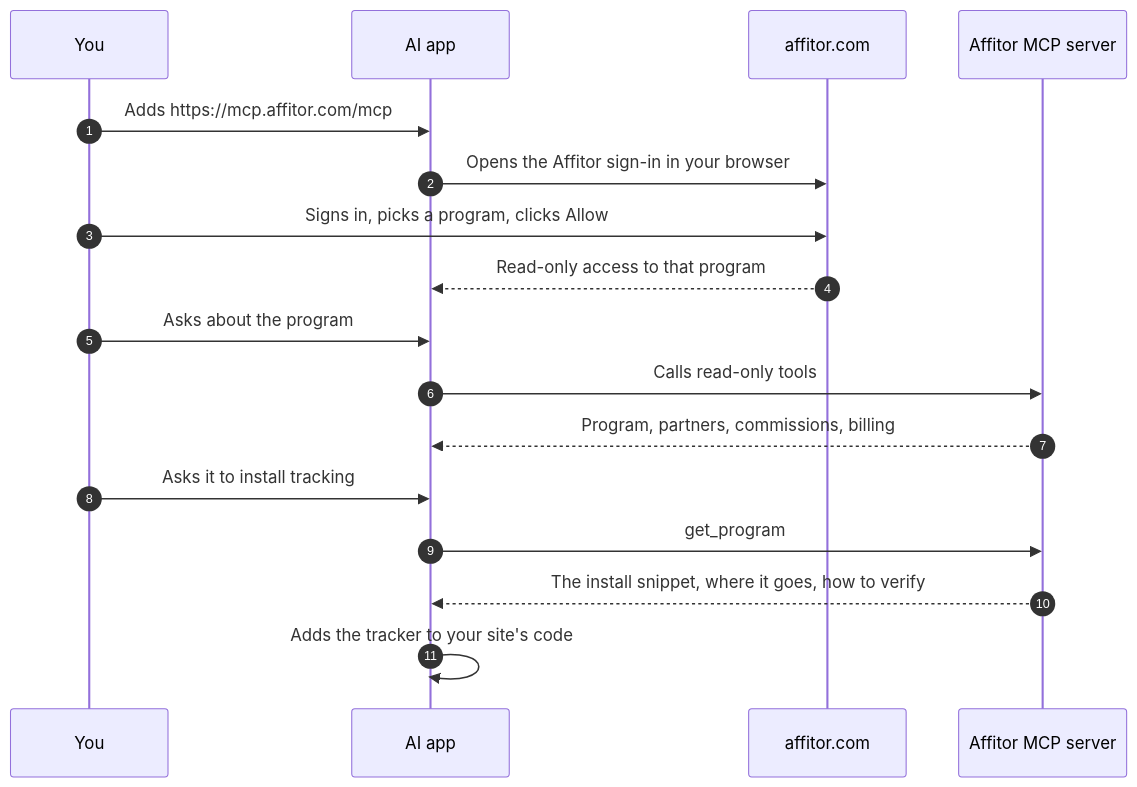
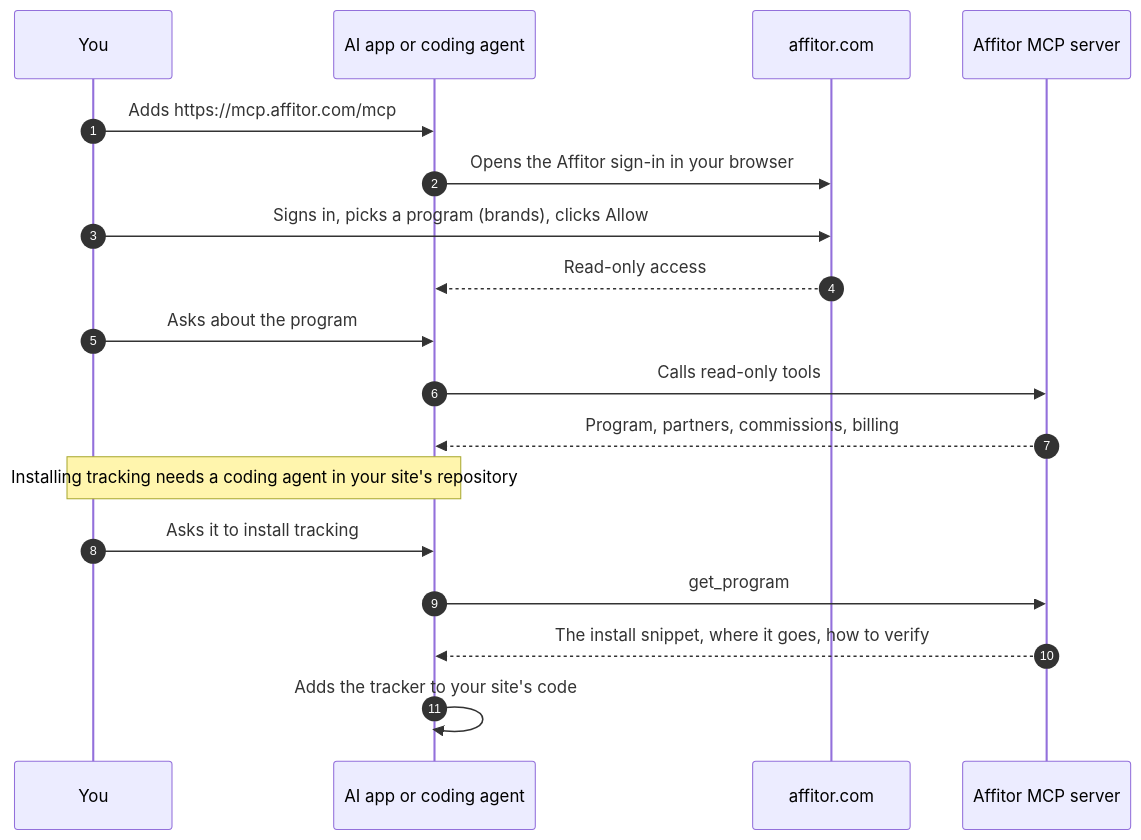
One commit to Affitor/affitor-docs changed the diagram in content/docs/use-cases/ai-agent-setup.mdx. Above: the diagram before and after it, drawn with Mermaid. The commit also changed other lines of this file, not shown here.

Commit message:
fix: AI agent use case shows the /mcp sign-in step and who installs tracking

````diff
--- a/content/docs/use-cases/ai-agent-setup.mdx
+++ b/content/docs/use-cases/ai-agent-setup.mdx
@@ -11,19 +11,20 @@
 ```mermaid
 sequenceDiagram
   autonumber
   participant Y as You
-  participant AI as AI app
+  participant AI as AI app or coding agent
   participant D as affitor.com
   participant M as Affitor MCP server
   Y->>AI: Adds https://mcp.affitor.com/mcp
   AI->>D: Opens the Affitor sign-in in your browser
-  Y->>D: Signs in, picks a program, clicks Allow
-  D-->>AI: Read-only access to that program
+  Y->>D: Signs in, picks a program (brands), clicks Allow
+  D-->>AI: Read-only access
   Y->>AI: Asks about the program
   AI->>M: Calls read-only tools
   M-->>AI: Program, partners, commissions, billing
+  Note over Y,AI: Installing tracking needs a coding agent in your site's repository
   Y->>AI: Asks it to install tracking
   AI->>M: get_program
   M-->>AI: The install snippet, where it goes, how to verify
   AI->>AI: Adds the tracker to your site's code
 ```
````
